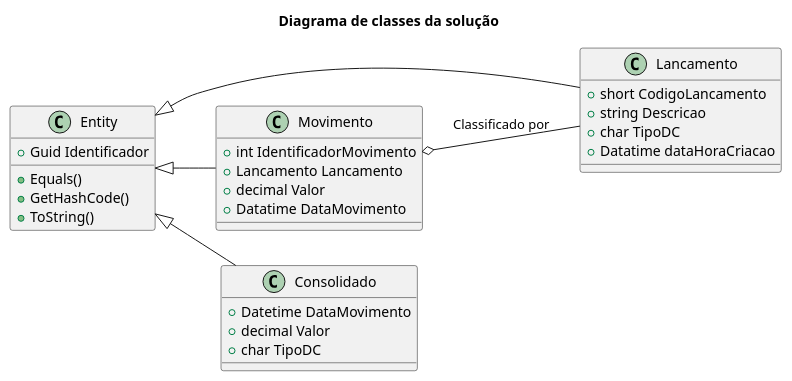
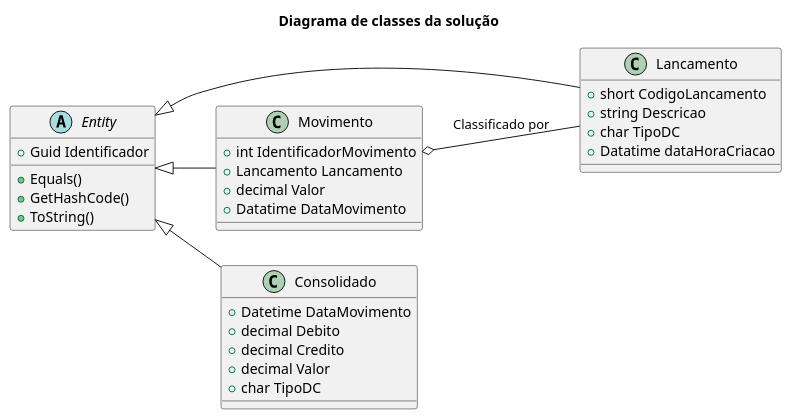
One commit to rodriguescarlos/fluxocaixa changed the diagram in specifications/diagram/fluxo-caixa-class.plantuml. Above: the diagram before and after it, drawn with PlantUML. The commit also changed 16 other files, not shown here.

```diff
--- a/specifications/diagram/fluxo-caixa-class.plantuml
+++ b/specifications/diagram/fluxo-caixa-class.plantuml
@@ -1,39 +1,41 @@
 @startuml Fluxo de caixa
 title Diagrama de classes da solução
 left to right direction
 skinparam shadowing false
 
-class Entity{
+abstract class Entity{
     +Guid Identificador
 
     +Equals()
     +GetHashCode()
     +ToString()
 } 
 
 class Lancamento{
     +short CodigoLancamento
     +string Descricao
     +char TipoDC
     +Datatime dataHoraCriacao
 }
 
 class Movimento{
     +int IdentificadorMovimento
     +Lancamento Lancamento
     +decimal Valor
     +Datatime DataMovimento
 }
 
 class Consolidado{
     +Datetime DataMovimento
+    +decimal Debito
+    +decimal Credito
     +decimal Valor
     +char TipoDC 
 }
 
 Movimento o-- Lancamento : Classificado por
 Entity <|-- Lancamento
 Entity <|-- Movimento
 Entity <|-- Consolidado
 
 @enduml
```
